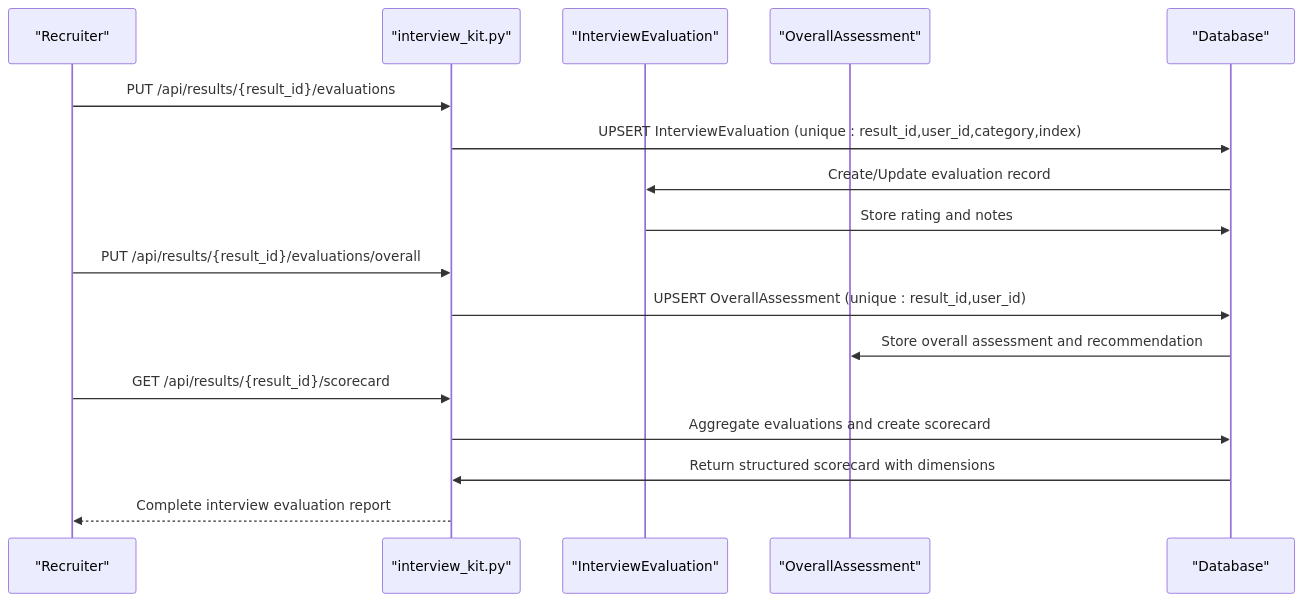
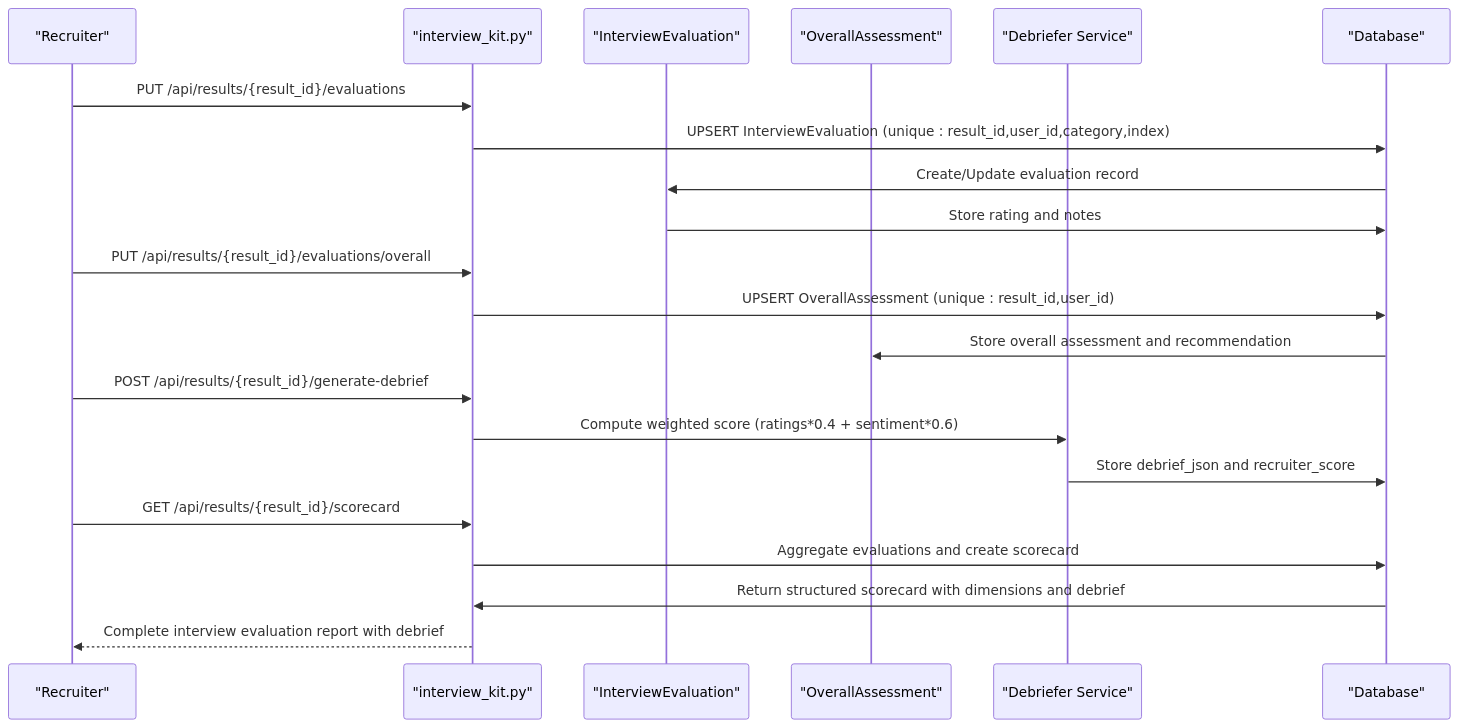
Before and after one commit to Revanththetalogics/aireume: the fourth of 20 diagrams in .qoder/repowiki/en/content/Database Design/Database Design.md, drawn with Mermaid. The commit also changed other lines of this file and 6 other files, not shown here.

````diff
--- a/.qoder/repowiki/en/content/Database Design/Database Design.md
+++ b/.qoder/repowiki/en/content/Database Design/Database Design.md
@@ -514,19 +539,23 @@
 ```mermaid
 sequenceDiagram
 participant Client as "Recruiter"
 participant API as "interview_kit.py"
 participant Eval as "InterviewEvaluation"
 participant OA as "OverallAssessment"
+participant Debriefer as "Debriefer Service"
 participant DB as "Database"
 Client->>API : PUT /api/results/{result_id}/evaluations
 API->>DB : UPSERT InterviewEvaluation (unique : result_id,user_id,category,index)
 DB->>Eval : Create/Update evaluation record
 Eval->>DB : Store rating and notes
 Client->>API : PUT /api/results/{result_id}/evaluations/overall
 API->>DB : UPSERT OverallAssessment (unique : result_id,user_id)
 DB->>OA : Store overall assessment and recommendation
+Client->>API : POST /api/results/{result_id}/generate-debrief
+API->>Debriefer : Compute weighted score (ratings*0.4 + sentiment*0.6)
+Debriefer->>DB : Store debrief_json and recruiter_score
 Client->>API : GET /api/results/{result_id}/scorecard
 API->>DB : Aggregate evaluations and create scorecard
-DB->>API : Return structured scorecard with dimensions
-API-->>Client : Complete interview evaluation report
+DB->>API : Return structured scorecard with dimensions and debrief
+API-->>Client : Complete interview evaluation report with debrief
 ```
````
